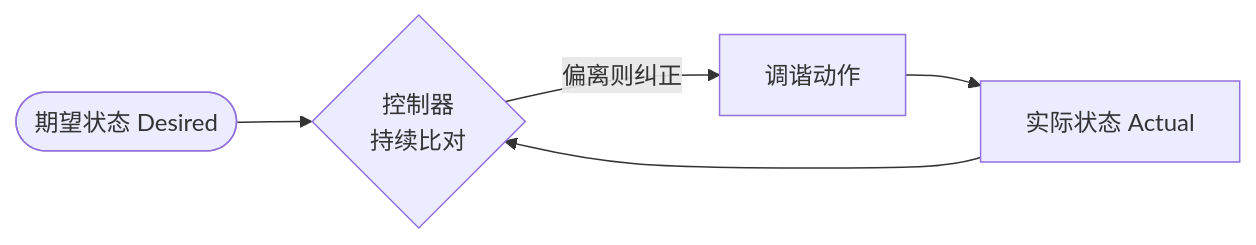
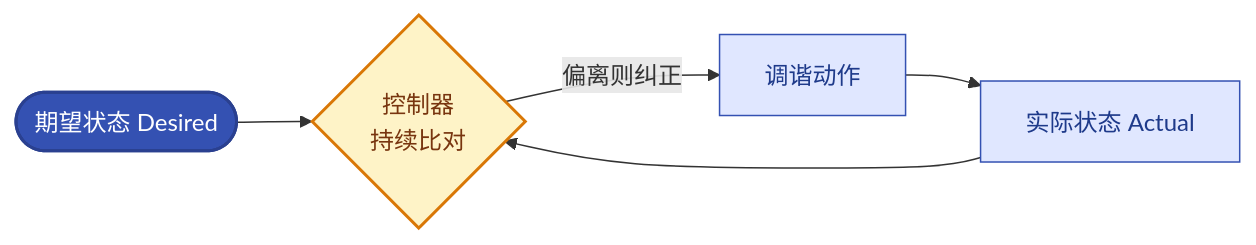
Before and after one commit to jackiesre721/ai-native-ops: the diagram in docs/05-declarative-api-reconcile.md, drawn with Mermaid. The commit also changed 9 other files, not shown here.

First line of the commit message:
viz: 全部 12 张 mermaid 图上语义色

````diff
--- a/docs/05-declarative-api-reconcile.md
+++ b/docs/05-declarative-api-reconcile.md
@@ -109,7 +109,13 @@
 ```mermaid
 flowchart LR
     D([期望状态 Desired]) --> C{控制器<br/>持续比对}
     A[实际状态 Actual] --> C
     C -->|偏离则纠正| ACT[调谐动作]
     ACT --> A
+    classDef start fill:#3451b2,color:#fff,stroke:#2a4090,stroke-width:2px
+    classDef proc fill:#e0e7ff,stroke:#3451b2,color:#1e3a8a
+    classDef decision fill:#fef3c7,stroke:#d97706,color:#78350f,stroke-width:2px
+    class D start
+    class C decision
+    class A,ACT proc
 ```
````
